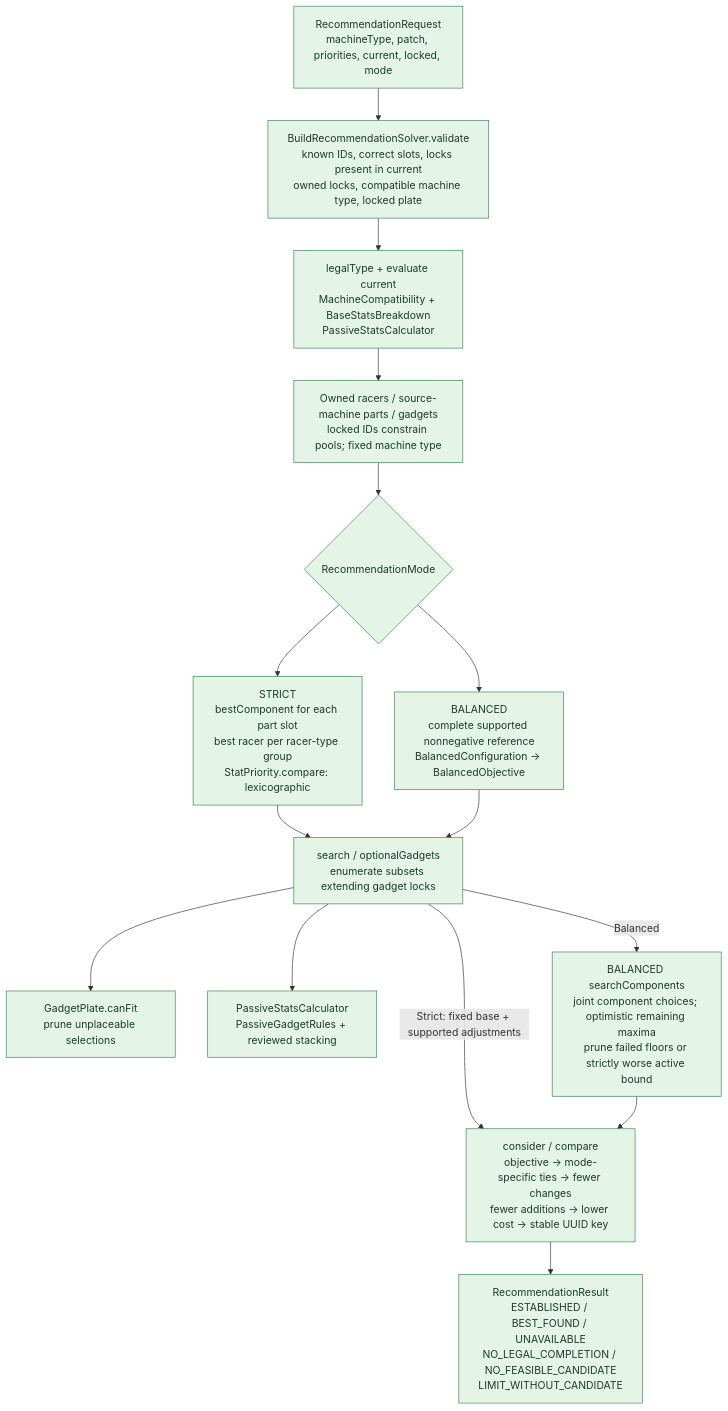
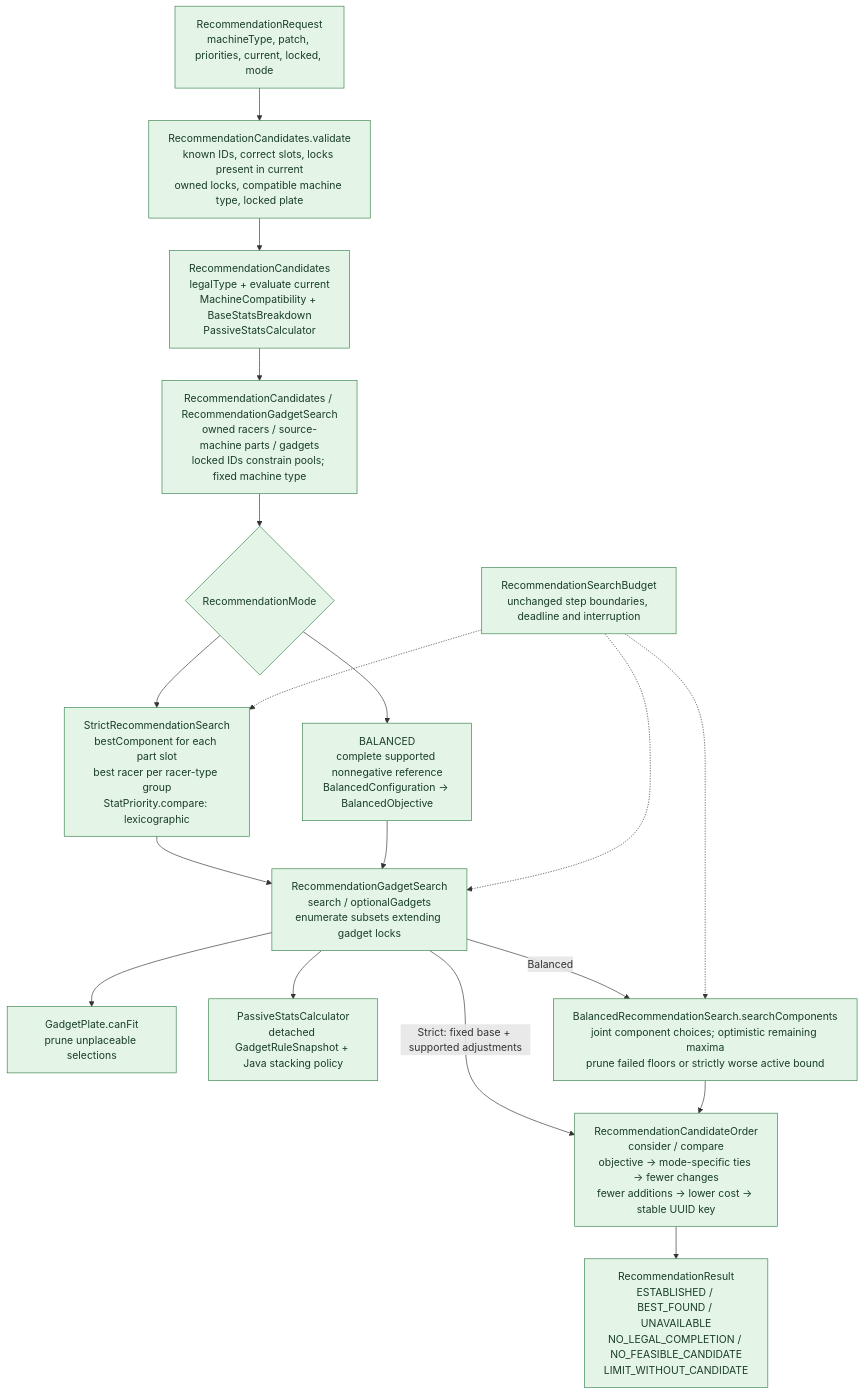
Before and after one commit to alexungu04genoff/RingLab: diagram 11 of 31 in docs/architecture-atlas.md, drawn with Mermaid. The commit also changed other lines of this file and 66 other files, not shown here.

Commit message:
feat(game-data): externalize versioned gadget rule facts

````diff
--- a/docs/architecture-atlas.md
+++ b/docs/architecture-atlas.md
@@ -612,27 +629,31 @@
 ```mermaid
 flowchart TB
   req["RecommendationRequest<br/>machineType, patch, priorities, current, locked, mode"]:::domain
-  validate["BuildRecommendationSolver.validate<br/>known IDs, correct slots, locks present in current<br/>owned locks, compatible machine type, locked plate"]:::domain
-  baseline["legalType + evaluate current<br/>MachineCompatibility + BaseStatsBreakdown<br/>PassiveStatsCalculator"]:::domain
-  pools["Owned racers / source-machine parts / gadgets<br/>locked IDs constrain pools; fixed machine type"]:::domain
+  validate["RecommendationCandidates.validate<br/>known IDs, correct slots, locks present in current<br/>owned locks, compatible machine type, locked plate"]:::domain
+  baseline["RecommendationCandidates<br/>legalType + evaluate current<br/>MachineCompatibility + BaseStatsBreakdown<br/>PassiveStatsCalculator"]:::domain
+  pools["RecommendationCandidates / RecommendationGadgetSearch<br/>owned racers / source-machine parts / gadgets<br/>locked IDs constrain pools; fixed machine type"]:::domain
   branch{"RecommendationMode"}:::domain
-  strict["STRICT<br/>bestComponent for each part slot<br/>best racer per racer-type group<br/>StatPriority.compare: lexicographic"]:::domain
+  strict["StrictRecommendationSearch<br/>bestComponent for each part slot<br/>best racer per racer-type group<br/>StatPriority.compare: lexicographic"]:::domain
   balanced["BALANCED<br/>complete supported nonnegative reference<br/>BalancedConfiguration → BalancedObjective"]:::domain
-  subsets["search / optionalGadgets<br/>enumerate subsets extending gadget locks"]:::domain
+  subsets["RecommendationGadgetSearch<br/>search / optionalGadgets<br/>enumerate subsets extending gadget locks"]:::domain
   plate["GadgetPlate.canFit<br/>prune unplaceable selections"]:::domain
-  calc["PassiveStatsCalculator<br/>PassiveGadgetRules + reviewed stacking"]:::domain
-  components["BALANCED searchComponents<br/>joint component choices; optimistic remaining maxima<br/>prune failed floors or strictly worse active bound"]:::domain
-  compare["consider / compare<br/>objective → mode-specific ties → fewer changes<br/>fewer additions → lower cost → stable UUID key"]:::domain
+  calc["PassiveStatsCalculator<br/>detached GadgetRuleSnapshot + Java stacking policy"]:::domain
+  components["BalancedRecommendationSearch.searchComponents<br/>joint component choices; optimistic remaining maxima<br/>prune failed floors or strictly worse active bound"]:::domain
+  compare["RecommendationCandidateOrder<br/>consider / compare<br/>objective → mode-specific ties → fewer changes<br/>fewer additions → lower cost → stable UUID key"]:::domain
   result["RecommendationResult<br/>ESTABLISHED / BEST_FOUND / UNAVAILABLE<br/>NO_LEGAL_COMPLETION / NO_FEASIBLE_CANDIDATE<br/>LIMIT_WITHOUT_CANDIDATE"]:::domain
   req --> validate --> baseline --> pools --> branch
   branch --> strict
   branch --> balanced
   strict --> subsets
   balanced --> subsets
   subsets --> plate
   subsets --> calc
   subsets -->|"Strict: fixed base + supported adjustments"| compare
   subsets -->|"Balanced"| components --> compare
   compare --> result
+  budget["RecommendationSearchBudget<br/>unchanged step boundaries, deadline and interruption"]:::domain
+  budget -.-> strict
+  budget -.-> subsets
+  budget -.-> components
   classDef domain fill:#e4f5e8,stroke:#37834c,color:#183d24
 ```
````
